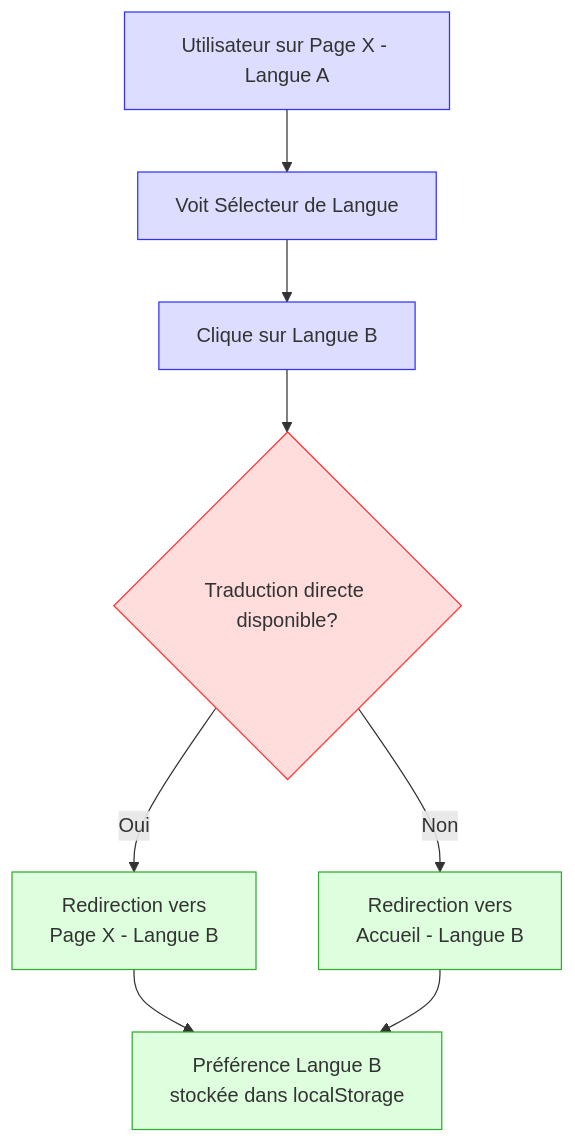
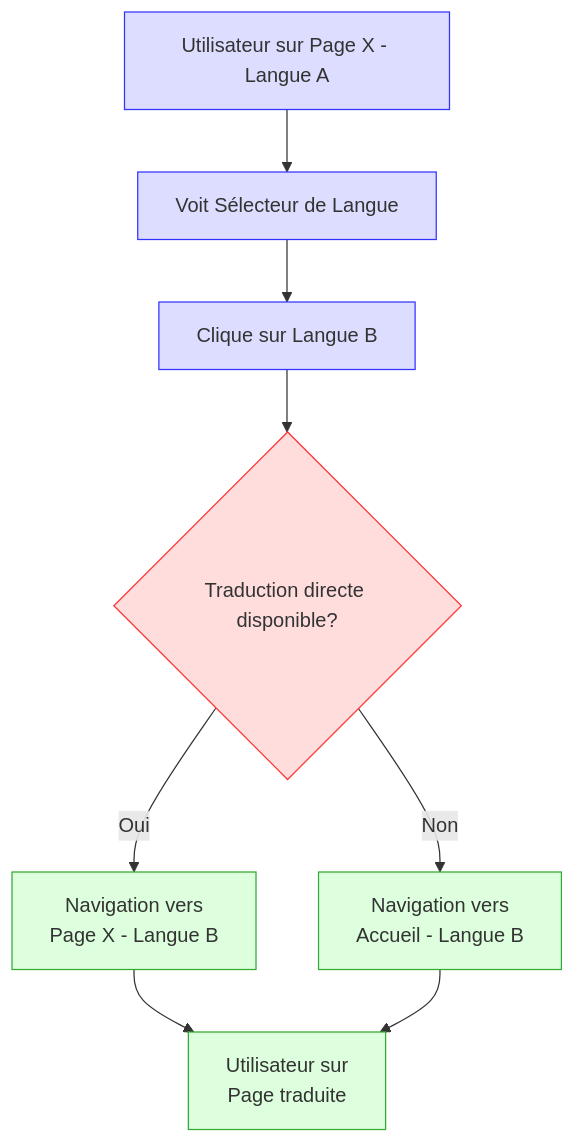
One commit to sebc-dev/blog changed the second of 3 diagrams in docs/ui-ux/ui-ux-spec.md. Above: the diagram before and after it, drawn with Mermaid. The commit also changed 3 other files, not shown here.

````diff
--- a/docs/ui-ux/ui-ux-spec.md
+++ b/docs/ui-ux/ui-ux-spec.md
@@ -318,18 +318,18 @@
 ```mermaid
 graph TD
     A[Utilisateur sur Page X - Langue A] --> B[Voit Sélecteur de Langue]
     B --> C[Clique sur Langue B]
     C --> D{Traduction directe disponible?}
-    D -->|Oui| E[Redirection vers<br>Page X - Langue B]
-    D -->|Non| F[Redirection vers<br>Accueil - Langue B]
-    E --> G[Préférence Langue B<br>stockée dans localStorage]
+    D -->|Oui| E[Navigation vers<br>Page X - Langue B]
+    D -->|Non| F[Navigation vers<br>Accueil - Langue B]
+    E --> G[Utilisateur sur<br>Page traduite]
     F --> G
 
     classDef standard fill:#ddf,stroke:#33f,stroke-width:1px
     classDef decision fill:#fdd,stroke:#f33,stroke-width:1px
     classDef action fill:#dfd,stroke:#3a3,stroke-width:1px
 
     class A,B,C standard
     class D decision
     class E,F,G action
 ```
````
